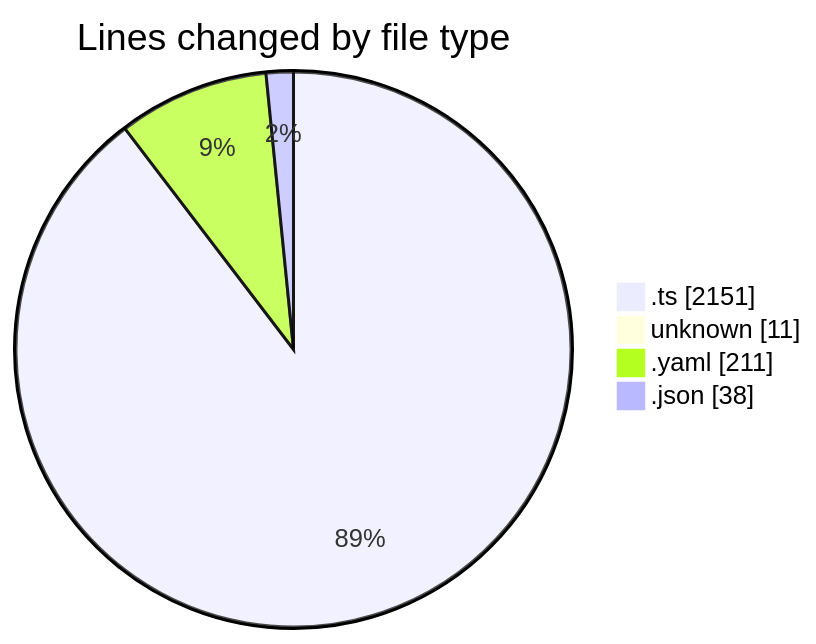
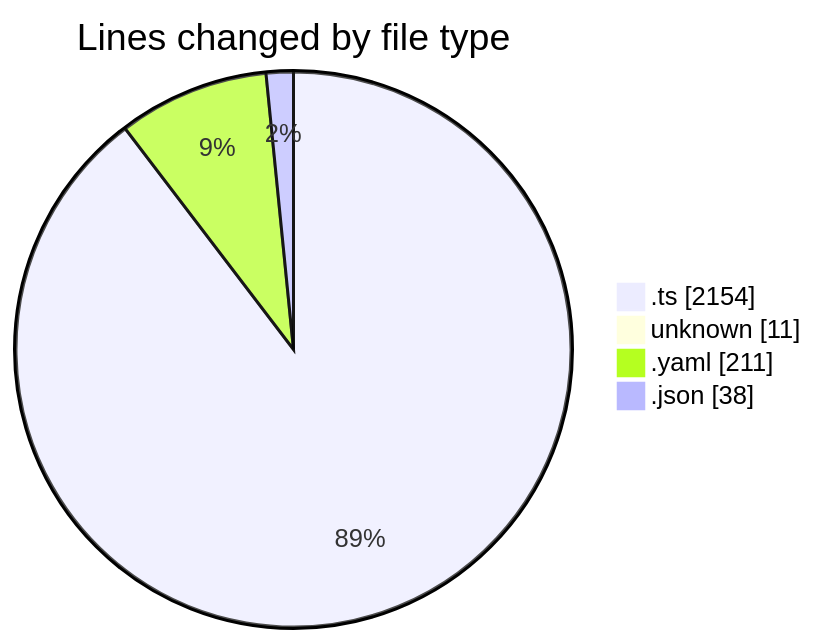
Before and after one commit to mevix1/code-tracking: the first of 2 diagrams in 2025-10-01/oura-api/README.md, drawn with Mermaid. The commit also changed other lines of this file and 1 other file, not shown here.

````diff
--- a/2025-10-01/oura-api/README.md
+++ b/2025-10-01/oura-api/README.md
@@ -37,8 +38,8 @@
 ```mermaid
 pie showData
 title Lines changed by file type
-".ts" : 2151
+".ts" : 2154
 "unknown" : 11
 ".yaml" : 211
 ".json" : 38
 ```
````
